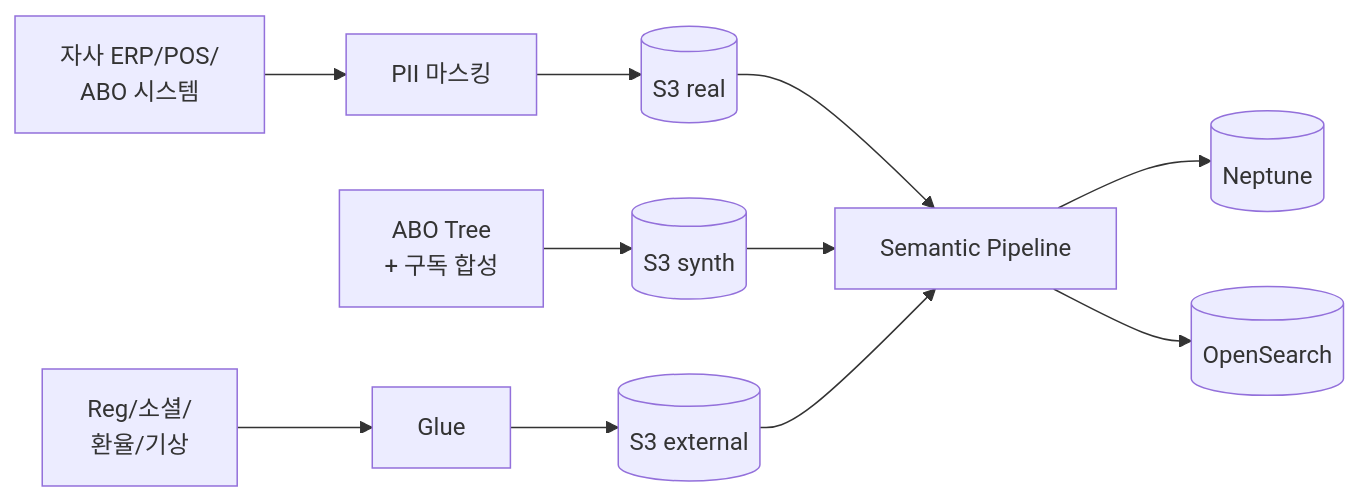
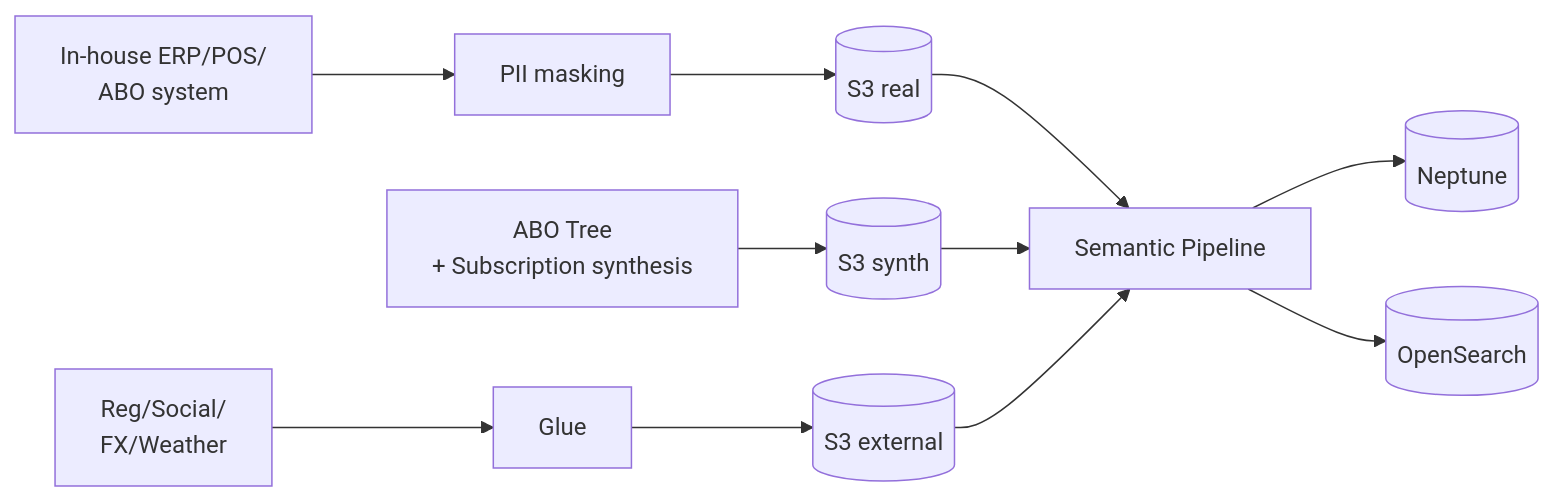
Before and after one commit to devfloor9/engineering-playbook: the diagram in docs/industry-solutions/retail/amway-direct-selling/04-data-sources.md, drawn with Mermaid. The commit also changed other lines of this file and 954 other files, not shown here.

````diff
--- a/docs/industry-solutions/retail/amway-direct-selling/04-data-sources.md
+++ b/docs/industry-solutions/retail/amway-direct-selling/04-data-sources.md
@@ -107,11 +107,11 @@
 ```mermaid
 graph LR
-    Src[자사 ERP/POS/<br/>ABO 시스템] --> Mask[PII 마스킹]
+    Src[In-house ERP/POS/<br/>ABO system] --> Mask[PII masking]
     Mask --> S3R[(S3 real)]
-    Synth[ABO Tree<br/>+ 구독 합성] --> S3S[(S3 synth)]
-    Ext[Reg/소셜/<br/>환율/기상] --> Glue[Glue]
+    Synth[ABO Tree<br/>+ Subscription synthesis] --> S3S[(S3 synth)]
+    Ext[Reg/Social/<br/>FX/Weather] --> Glue[Glue]
     Glue --> S3E[(S3 external)]
     S3R & S3S & S3E --> SemPipe[Semantic Pipeline]
     SemPipe --> Neptune[(Neptune)]
     SemPipe --> OS[(OpenSearch)]
 ```
````
